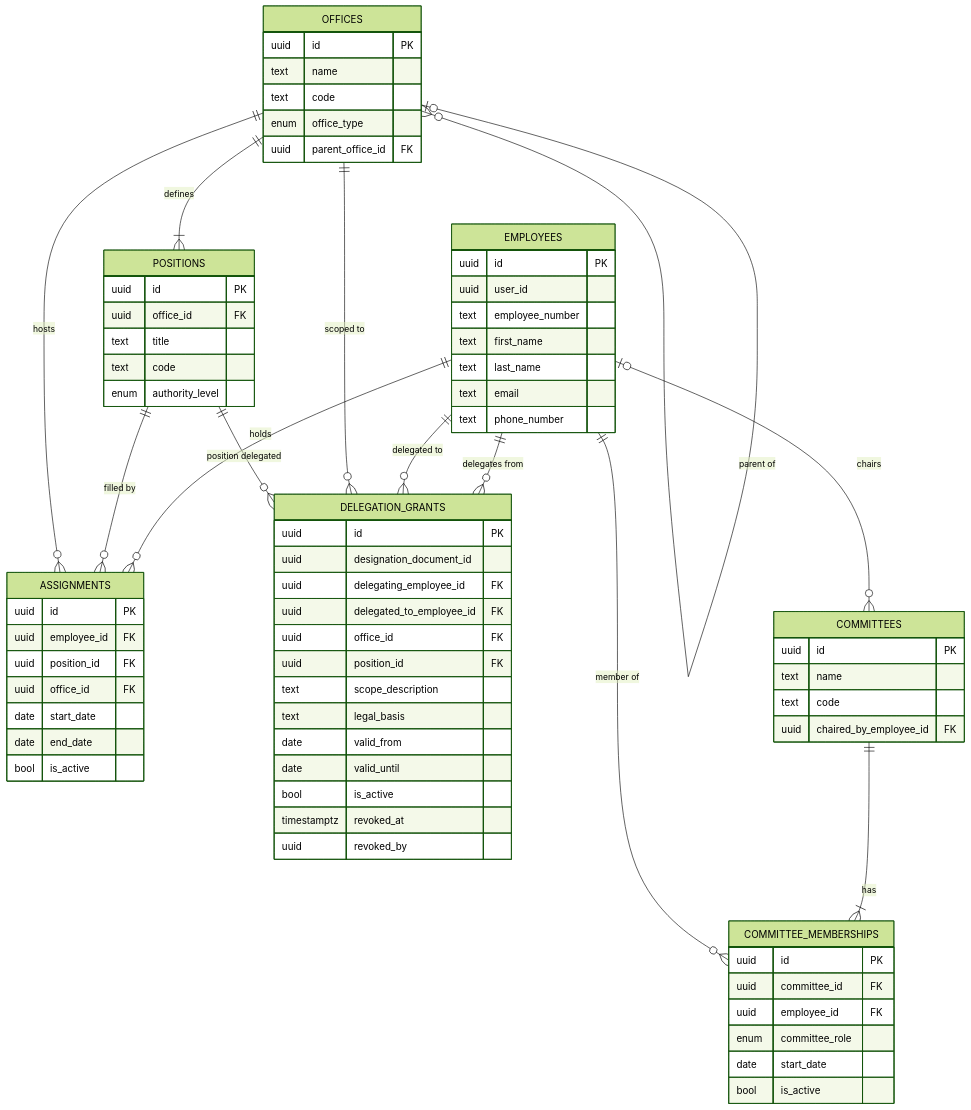
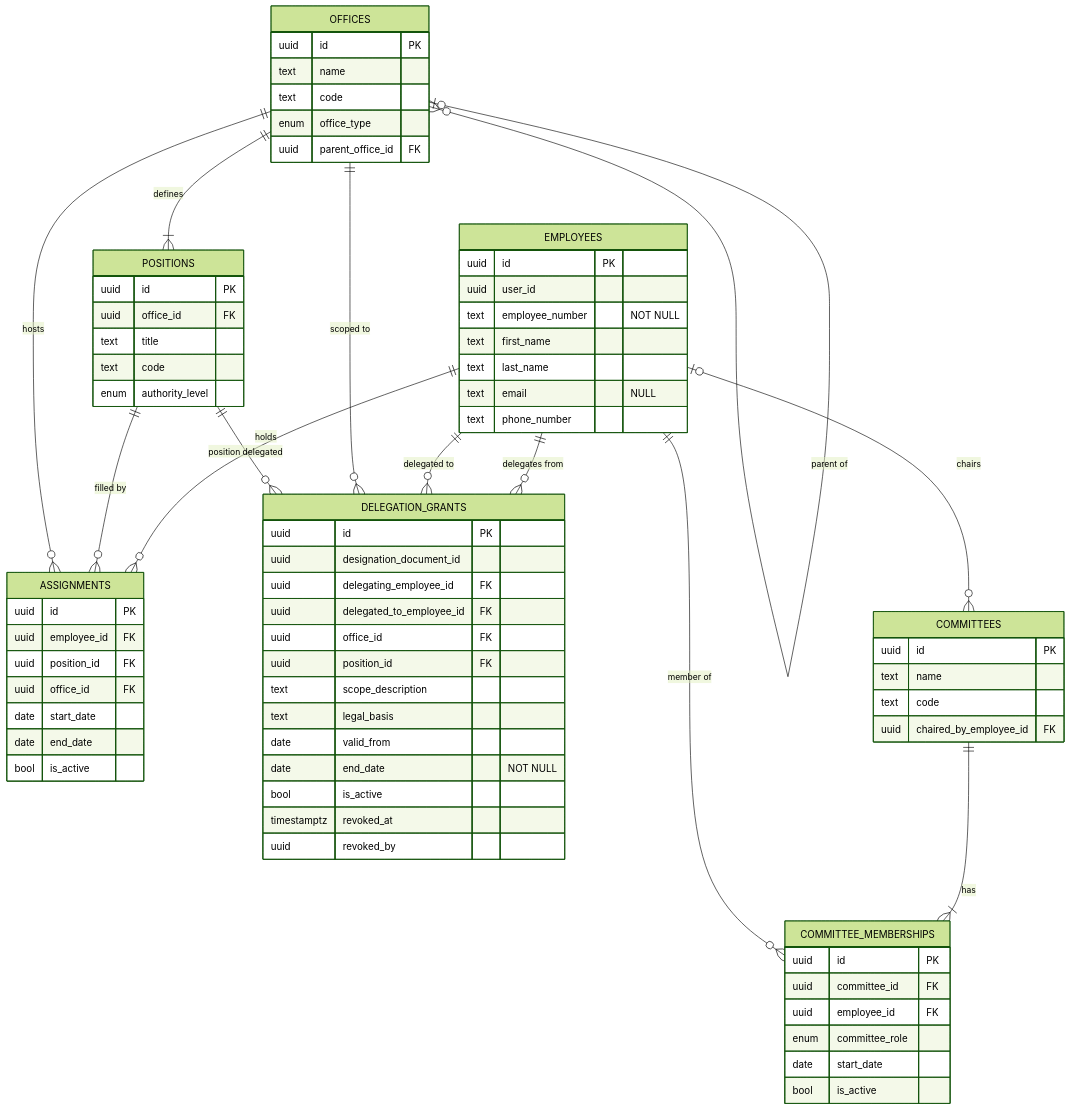
One commit to lukexodus/batac-dms changed the second of 8 diagrams in docs/pre-development/C-database/c2-entity-relationship-diagrams-per-schema.md. Above: the diagram before and after it, drawn with Mermaid (forest theme). The commit also changed other lines of this file and 116 other files, not shown here.

```diff
--- a/docs/pre-development/C-database/c2-entity-relationship-diagrams-per-schema.md
+++ b/docs/pre-development/C-database/c2-entity-relationship-diagrams-per-schema.md
@@ -278,10 +263,10 @@
     EMPLOYEES {
         uuid id PK
         uuid user_id
-        text employee_number
+        text employee_number "NOT NULL"
         text first_name
         text last_name
-        text email
+        text email "NULL"
         text phone_number
     }
 
@@ -305,7 +290,7 @@
         text scope_description
         text legal_basis
         date valid_from
-        date valid_until
+        date end_date "NOT NULL"
         bool is_active
         timestamptz revoked_at
         uuid revoked_by
```
